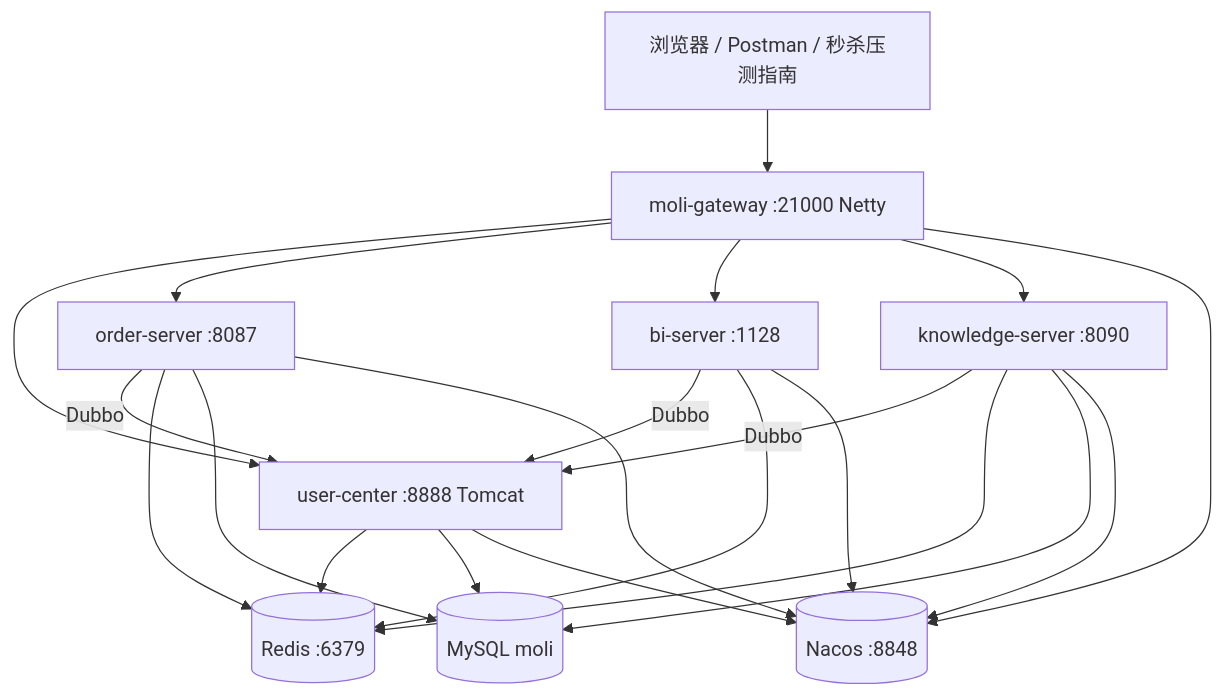
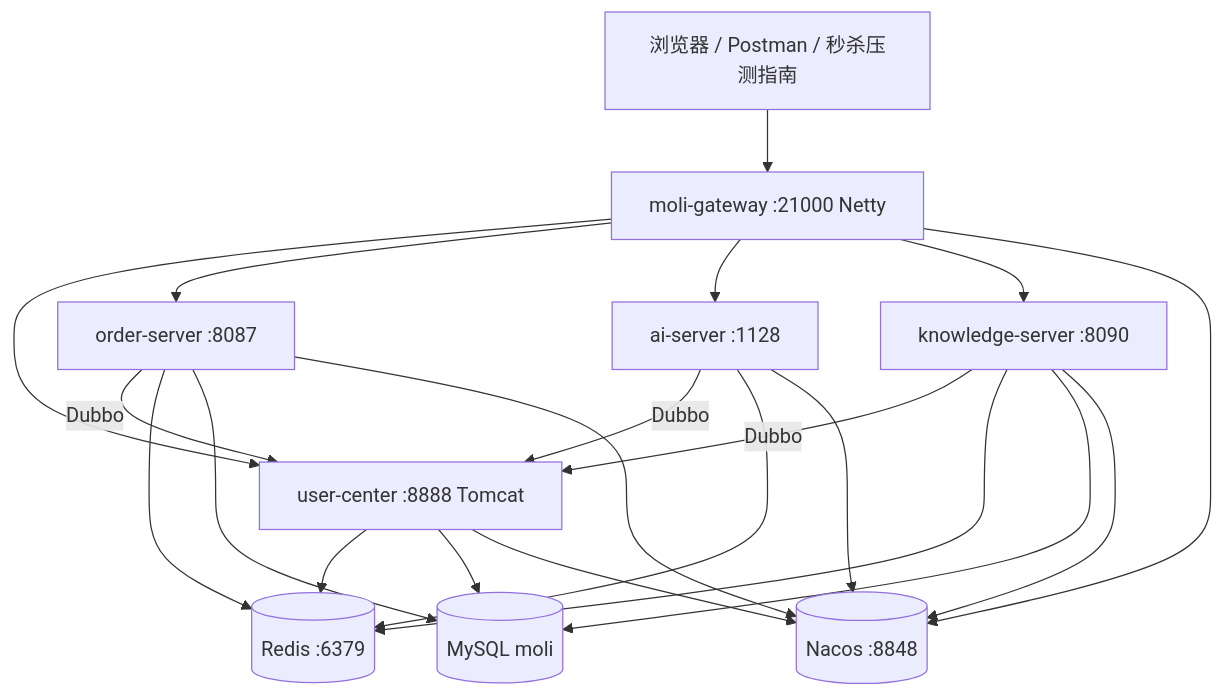
One commit to wujinsen/moli-project-distribute changed the diagram in moli-knowledge/kb/wiki-moli/develop/outputs/茉莉微服务全链路一张图.md. Above: the diagram before and after it, drawn with Mermaid. The commit also changed 95 other files, not shown here.

````diff
--- a/moli-knowledge/kb/wiki-moli/develop/outputs/茉莉微服务全链路一张图.md
+++ b/moli-knowledge/kb/wiki-moli/develop/outputs/茉莉微服务全链路一张图.md
@@ -28,32 +28,32 @@
 ```mermaid
 flowchart TB
   Browser[浏览器 / Postman / 秒杀压测指南]
   GW[moli-gateway :21000 Netty]
   UC[user-center :8888 Tomcat]
   Order[order-server :8087]
-  BI[bi-server :1128]
+  BI[ai-server :1128]
   KB[knowledge-server :8090]
   Nacos[(Nacos :8848)]
   Redis[(Redis :6379)]
   MySQL[(MySQL moli)]
   Browser --> GW
   GW --> UC
   GW --> Order
   GW --> BI
   GW --> KB
   Order -->|Dubbo| UC
   BI -->|Dubbo| UC
   KB -->|Dubbo| UC
   UC --> Redis
   Order --> Redis
   BI --> Redis
   KB --> Redis
   UC --> MySQL
   Order --> MySQL
   KB --> MySQL
   UC --> Nacos
   Order --> Nacos
   GW --> Nacos
   BI --> Nacos
   KB --> Nacos
 ```
````
